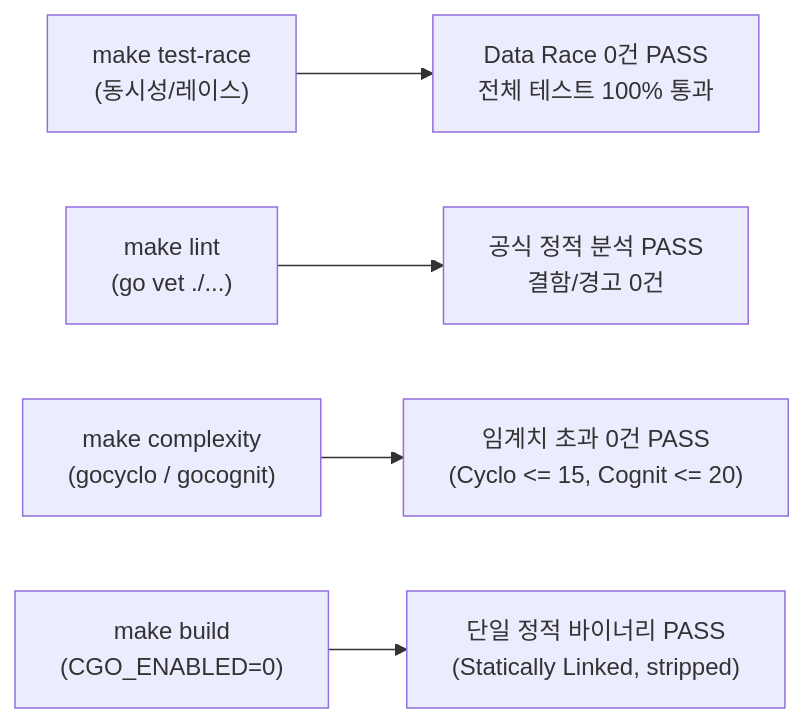
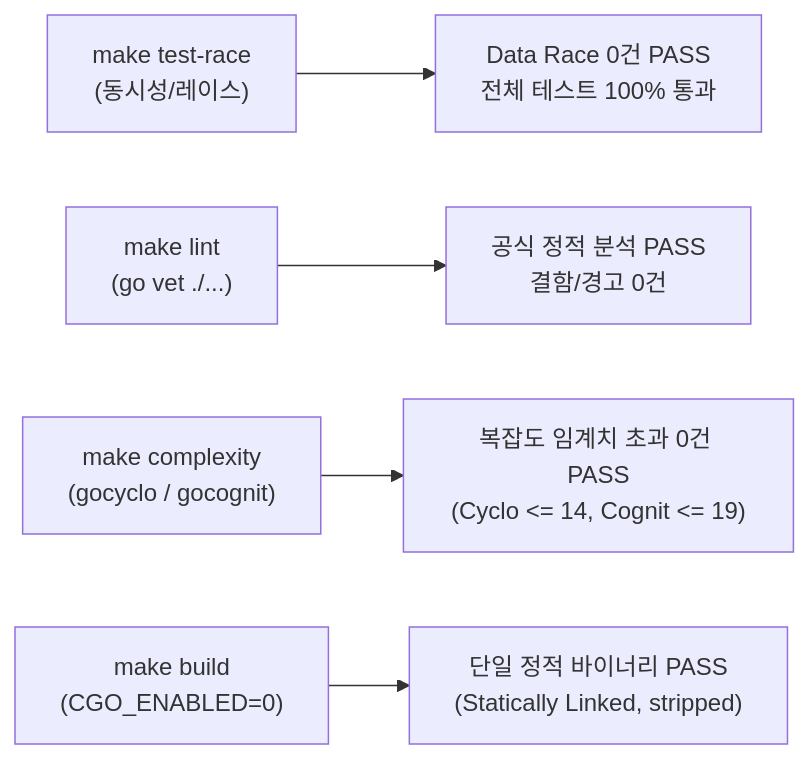
Before and after one commit to joincdream/goslide: the first of 2 diagrams in docs/reports/well_architected_assessment.md, drawn with Mermaid. The commit also changed other lines of this file and 22 other files, not shown here.

````diff
--- a/docs/reports/well_architected_assessment.md
+++ b/docs/reports/well_architected_assessment.md
@@ -28,7 +27,7 @@
 ```mermaid
 flowchart LR
     A["make test-race\n(동시성/레이스)"] --> P1["Data Race 0건 PASS\n전체 테스트 100% 통과"]
     B["make lint\n(go vet ./...)"] --> P2["공식 정적 분석 PASS\n결함/경고 0건"]
-    C["make complexity\n(gocyclo / gocognit)"] --> P3["임계치 초과 0건 PASS\n(Cyclo <= 15, Cognit <= 20)"]
+    C["make complexity\n(gocyclo / gocognit)"] --> P3["복잡도 임계치 초과 0건 PASS\n(Cyclo <= 14, Cognit <= 19)"]
     D["make build\n(CGO_ENABLED=0)"] --> P4["단일 정적 바이너리 PASS\n(Statically Linked, stripped)"]
 ```
````
